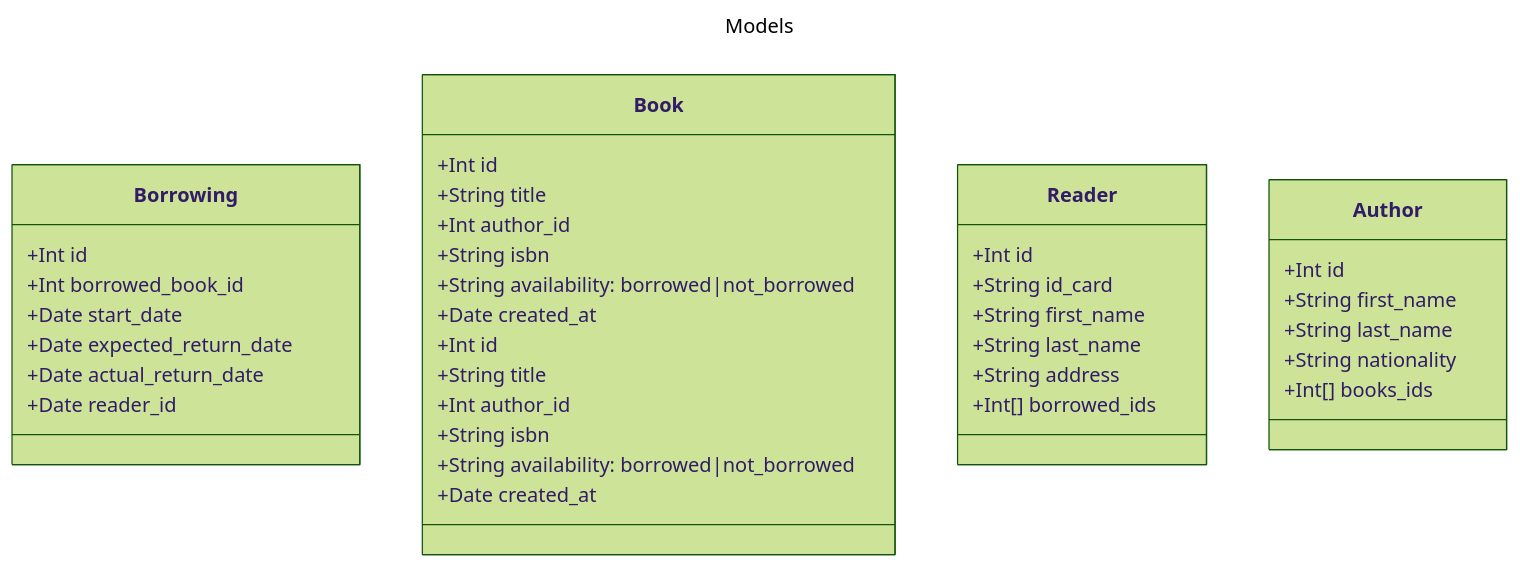
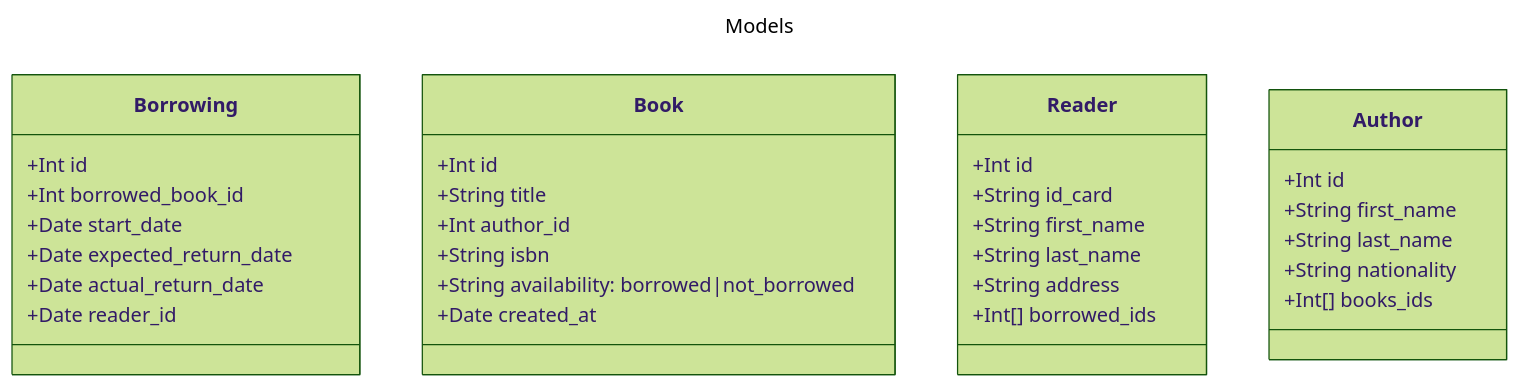
One commit to Cyclops789/solicode-sas-oop changed the diagram in struct.mmd. Above: the diagram before and after it, drawn with Mermaid (forest theme). The commit also changed 2 other files, not shown here.

```diff
--- a/struct.mmd
+++ b/struct.mmd
@@ -1,47 +1,38 @@
 ---
 title: Models
 ---
 classDiagram
     class Borrowing {
         +Int id
         +Int borrowed_book_id
         +Date start_date
         +Date expected_return_date
         +Date actual_return_date
         +Date reader_id
     }
     
     class Book {
         +Int id
         +String title
         +Int author_id
         +String isbn
         +String availability: borrowed|not_borrowed
         +Date created_at
     }
     
-    class Book {
-        +Int id
-        +String title
-        +Int author_id
-        +String isbn
-        +String availability: borrowed|not_borrowed
-        +Date created_at
-    }
-
     class Reader {
         +Int id
         +String id_card
         +String first_name
         +String last_name
         +String address
         +Int[] borrowed_ids
     }
 
     class Author {
         +Int id
         +String first_name
         +String last_name
         +String nationality
         +Int[] books_ids
     }
```
